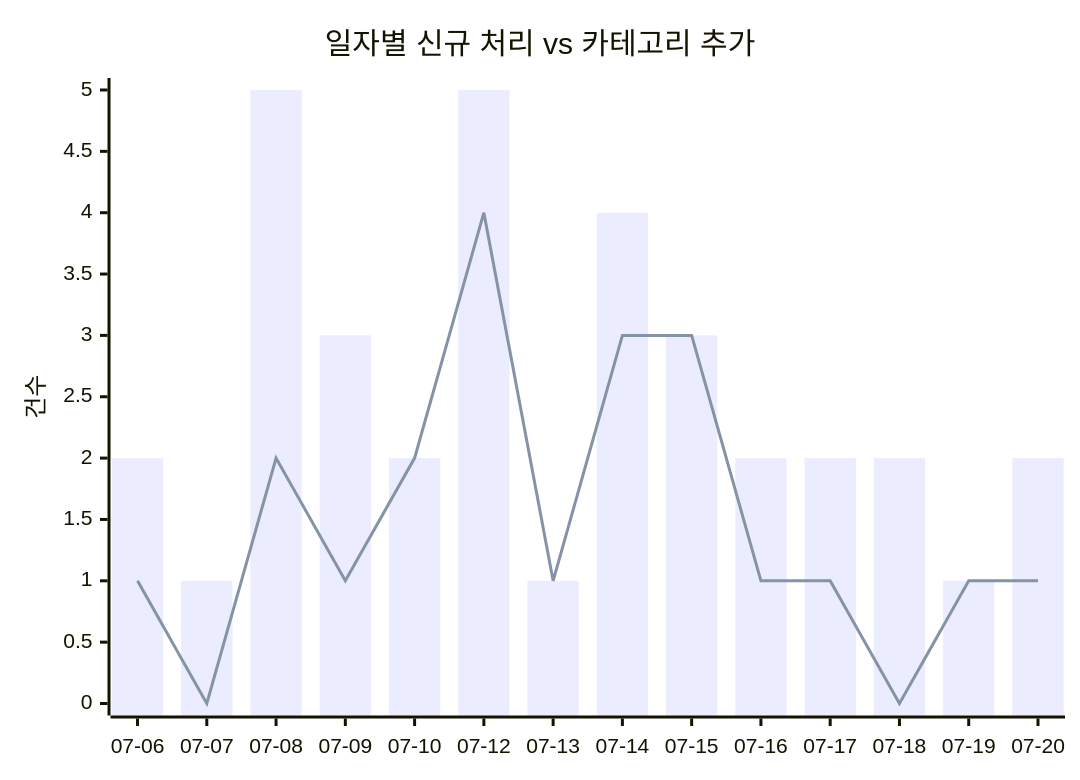
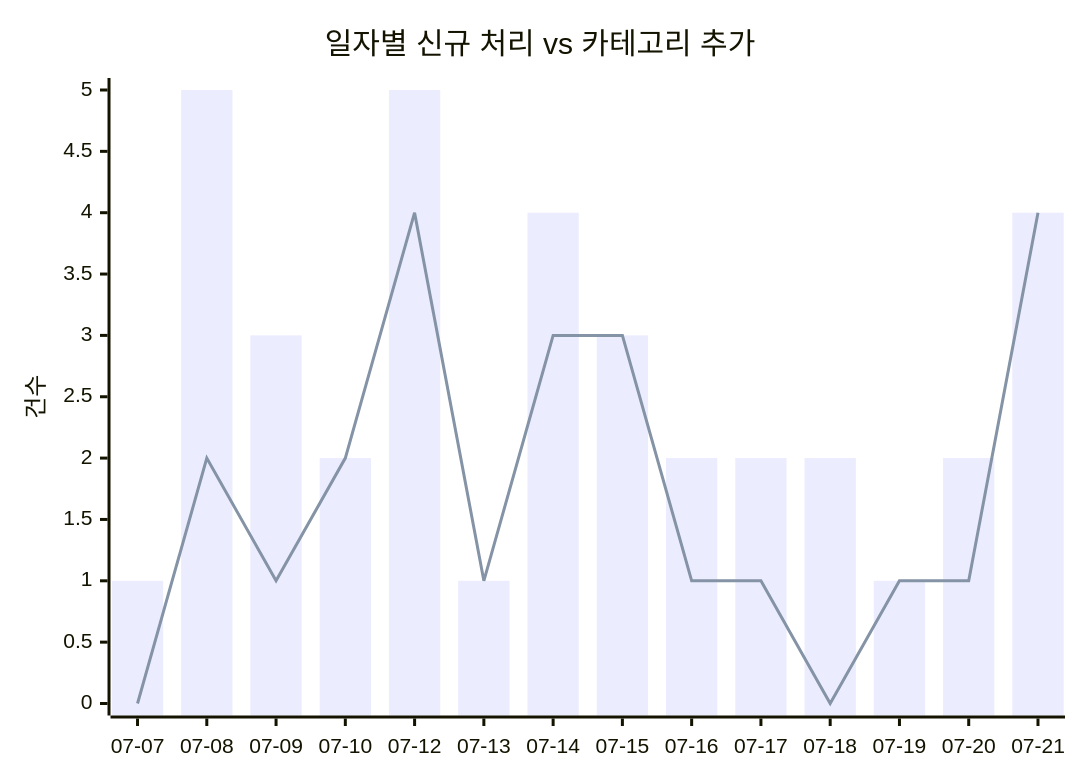
Before and after one commit to J-nowcow/awesome-korean-agent-skills: the first of 2 diagrams in docs/trends.md, drawn with Mermaid. The commit also changed other lines of this file and 7 other files, not shown here.

````diff
--- a/docs/trends.md
+++ b/docs/trends.md
@@ -32,8 +32,8 @@
 ```mermaid
 xychart-beta
     title "일자별 신규 처리 vs 카테고리 추가"
-    x-axis ["07-06","07-07","07-08","07-09","07-10","07-12","07-13","07-14","07-15","07-16","07-17","07-18","07-19","07-20"]
+    x-axis ["07-07","07-08","07-09","07-10","07-12","07-13","07-14","07-15","07-16","07-17","07-18","07-19","07-20","07-21"]
     y-axis "건수"
-    bar [2,1,5,3,2,5,1,4,3,2,2,2,1,2]
-    line [1,0,2,1,2,4,1,3,3,1,1,0,1,1]
+    bar [1,5,3,2,5,1,4,3,2,2,2,1,2,4]
+    line [0,2,1,2,4,1,3,3,1,1,0,1,1,4]
 ```
````
